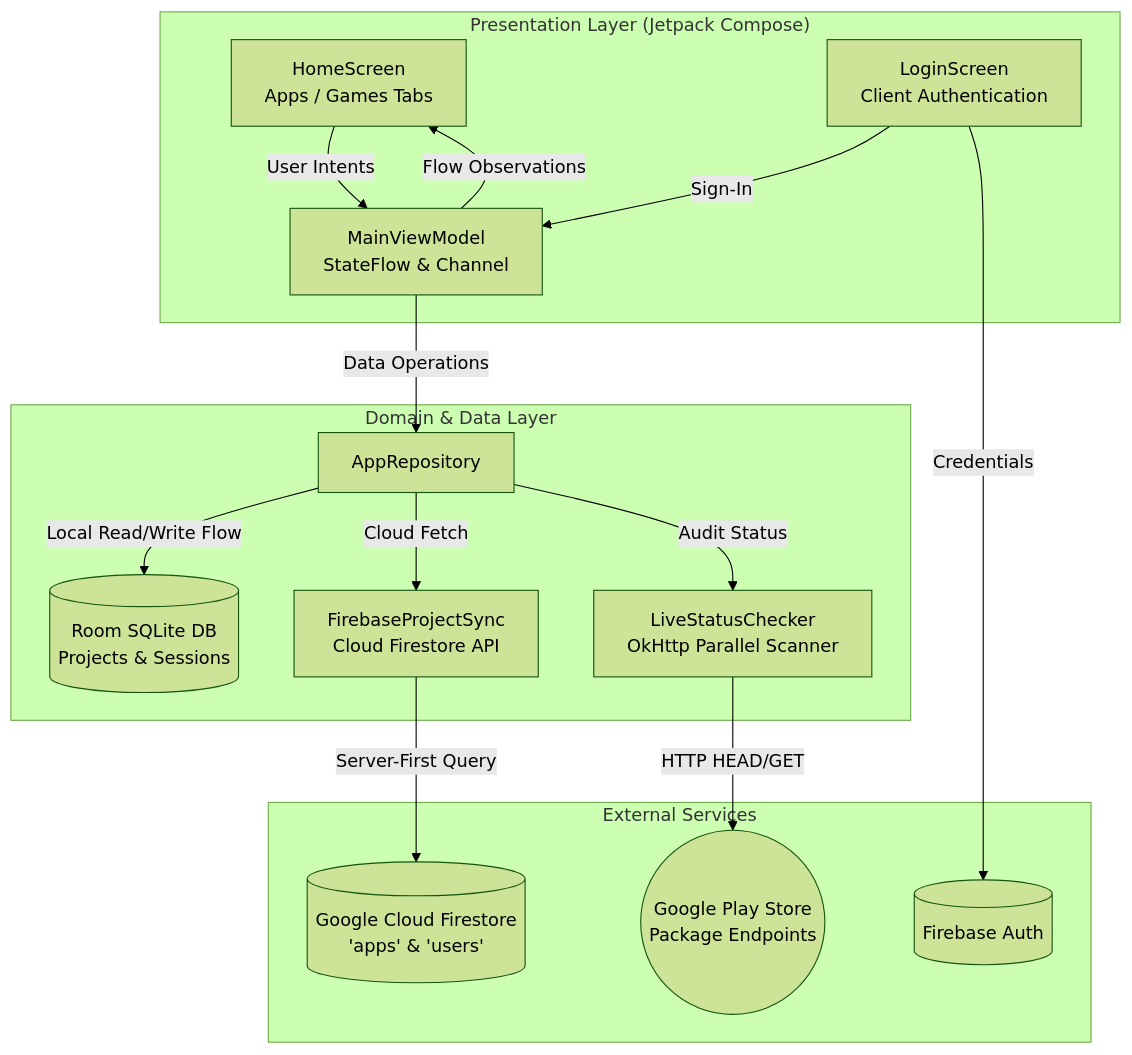
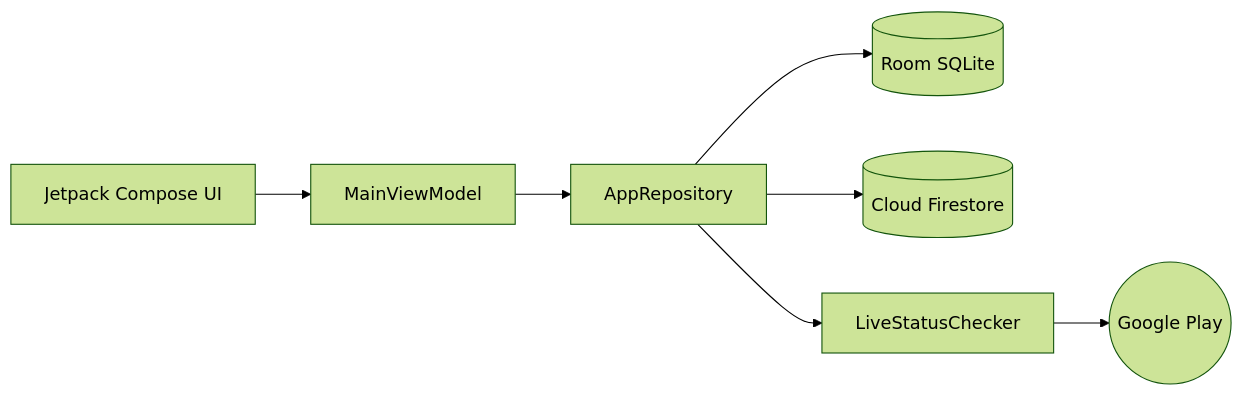
Before and after one commit to mzaid-dev/AppTrack: the diagram in README.md, drawn with Mermaid (forest theme). The commit also changed other lines of this file, not shown here.

````diff
--- a/README.md
+++ b/README.md
@@ -72,34 +41,9 @@
 ```mermaid
-flowchart TD
-    subgraph UI ["Presentation Layer (Jetpack Compose)"]
-        HS[HomeScreen\nApps / Games Tabs]
-        LS[LoginScreen\nClient Authentication]
-        VM[MainViewModel\nStateFlow & Channel]
-    end
-
-    subgraph Data ["Domain & Data Layer"]
-        Repo[AppRepository]
-        Sync[FirebaseProjectSync\nCloud Firestore API]
-        Checker[LiveStatusChecker\nOkHttp Parallel Scanner]
-        RoomDB[(Room SQLite DB\nProjects & Sessions)]
-    end
-
-    subgraph External ["External Services"]
-        Firestore[(Google Cloud Firestore\n'apps' & 'users')]
-        PlayStore((Google Play Store\nPackage Endpoints))
-        Auth[(Firebase Auth)]
-    end
-
-    HS -->|User Intents| VM
-    LS -->|Sign-In| VM
-    VM -->|Flow Observations| HS
-    VM -->|Data Operations| Repo
-
-    Repo -->|Local Read/Write Flow| RoomDB
-    Repo -->|Cloud Fetch| Sync
-    Repo -->|Audit Status| Checker
-
-    Sync -->|Server-First Query| Firestore
-    Checker -->|HTTP HEAD/GET| PlayStore
-    LS -->|Credentials| Auth
+graph LR
+    UI[Jetpack Compose UI] --> VM[MainViewModel]
+    VM --> Repo[AppRepository]
+    Repo --> Room[(Room SQLite)]
+    Repo --> Firestore[(Cloud Firestore)]
+    Repo --> Checker[LiveStatusChecker]
+    Checker --> PlayStore((Google Play))
 ```
````
